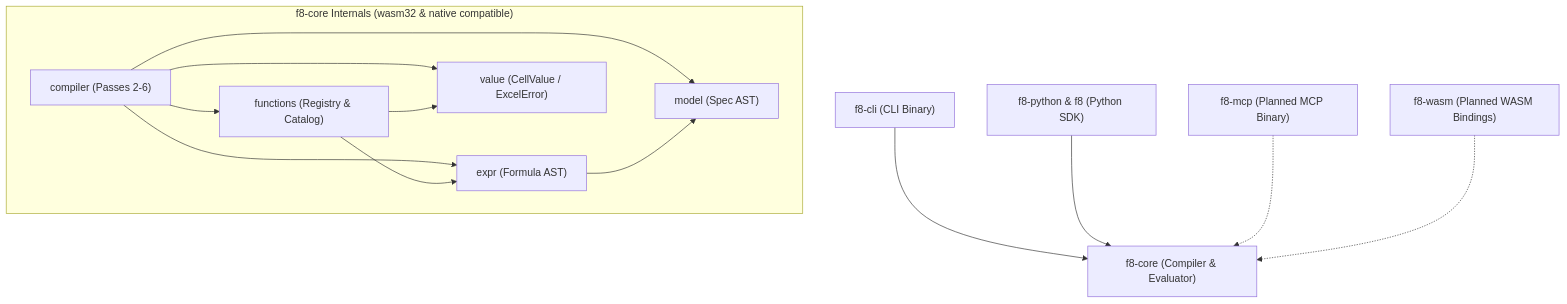
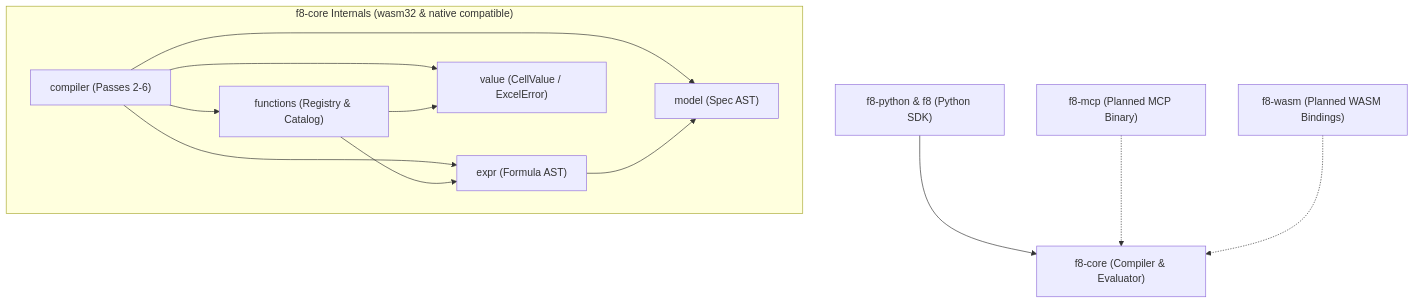
One commit to mhcfa/f8 changed the third of 3 diagrams in docs/architecture.md. Above: the diagram before and after it, drawn with Mermaid. The commit also changed other lines of this file and 52 other files, not shown here.

````diff
--- a/docs/architecture.md
+++ b/docs/architecture.md
@@ -206,18 +202,17 @@
 ```mermaid
 flowchart TD
-    CLI["f8-cli (CLI Binary)"] --> Core["f8-core (Compiler & Evaluator)"]
-    SDK["f8-python & f8 (Python SDK)"] --> Core
+    SDK["f8-python & f8 (Python SDK)"] --> Core["f8-core (Compiler & Evaluator)"]
     MCP["f8-mcp (Planned MCP Binary)"] -.-> Core
     WASM["f8-wasm (Planned WASM Bindings)"] -.-> Core
 
     subgraph CoreInternals ["f8-core Internals (wasm32 & native compatible)"]
         CompilerPasses["compiler (Passes 2-6)"] --> Functions["functions (Registry & Catalog)"]
         CompilerPasses --> Expr["expr (Formula AST)"]
         CompilerPasses --> Model["model (Spec AST)"]
         CompilerPasses --> Value["value (CellValue / ExcelError)"]
 
         Functions --> Value
         Functions --> Expr
         Expr --> Model
     end
 ```
````
